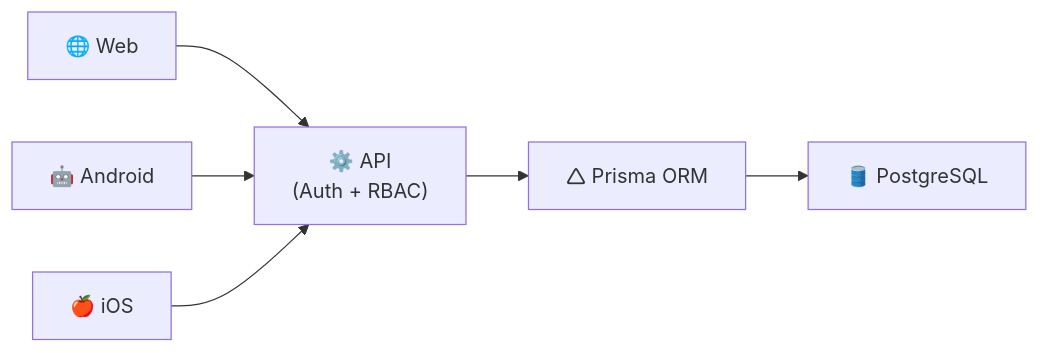
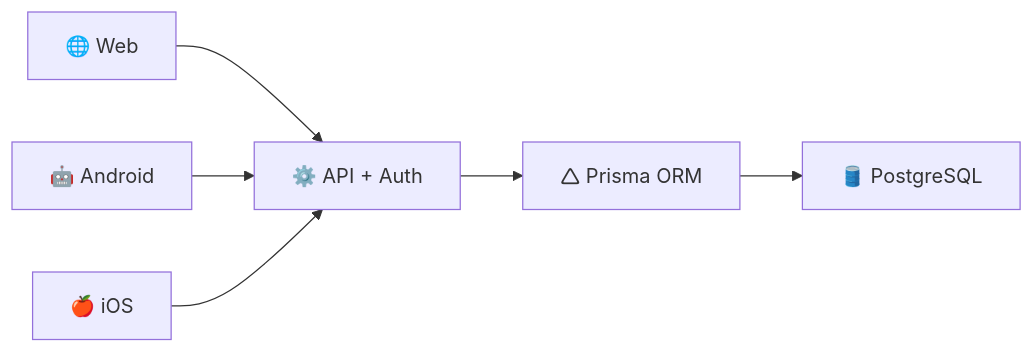
The diagram in docs/visao.md (FelipeMzero/ifarm-preview), drawn with Mermaid before and after one commit. The commit also changed 1 other file, not shown here.

````diff
--- a/docs/visao.md
+++ b/docs/visao.md
@@ -82,20 +82,18 @@
 ```mermaid
 graph LR
 
 Web["🌐 Web"]
 Android["🤖 Android"]
 iOS["🍎 iOS"]
 
-API["⚙️ API <br/>(Auth + RBAC)"]
-
+API["⚙️ API + Auth"]
 Prisma["🛆 Prisma ORM"]
-
 DB["🛢️ PostgreSQL"]
 
 Web --> API
 Android --> API
 iOS --> API
 
 API --> Prisma
 Prisma --> DB
 ```
````
